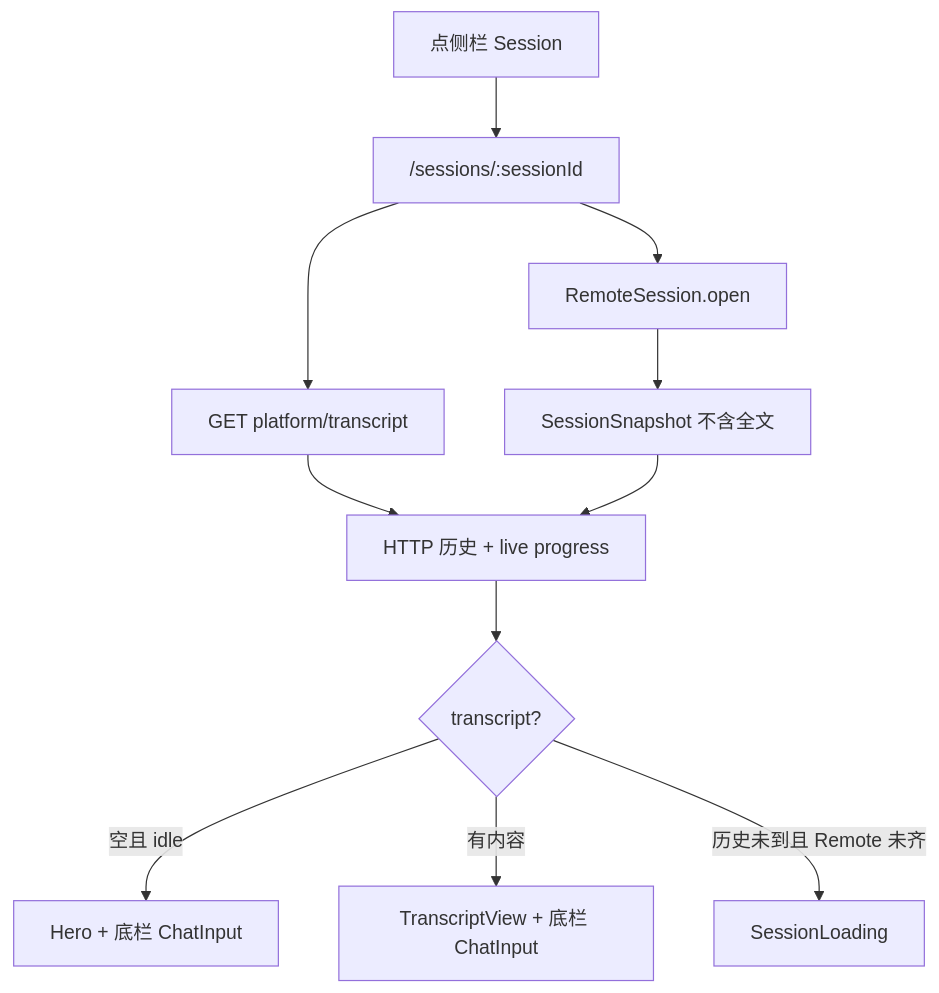
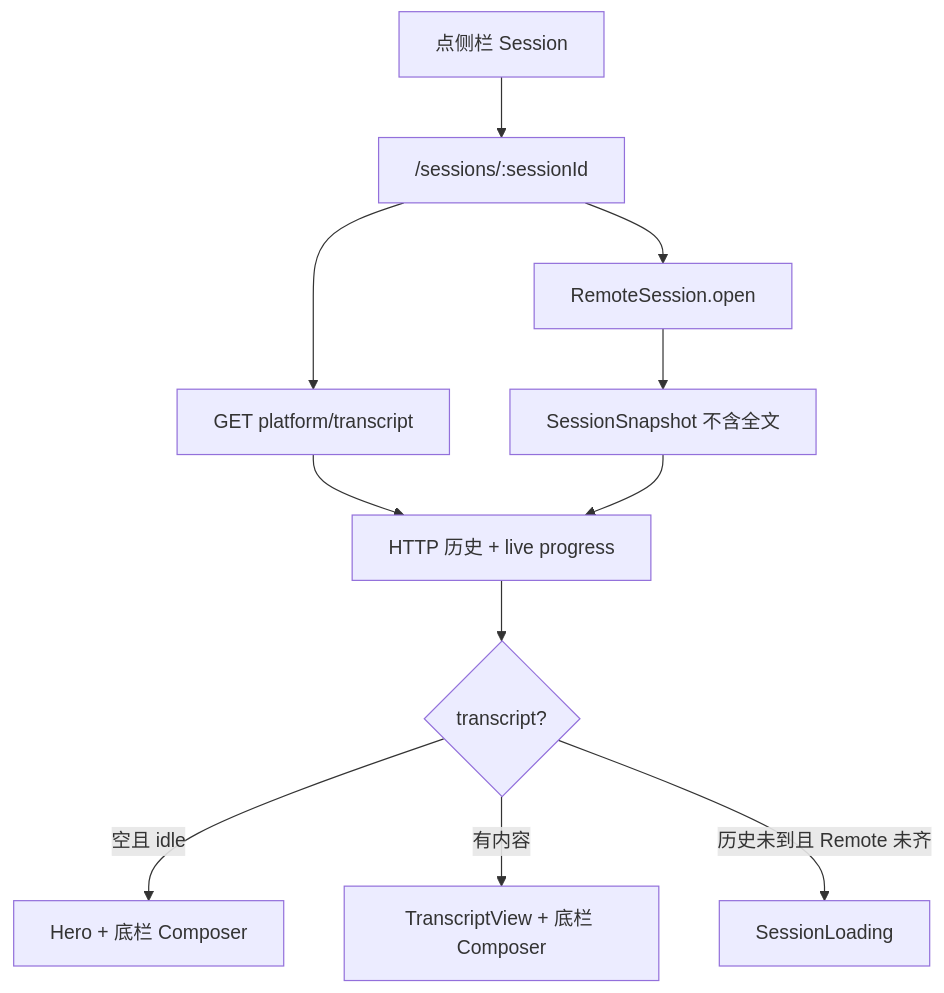
The fifth of 8 diagrams in JOURNEYS.md (minuque/pig), drawn with Mermaid before and after one commit. The commit also changed other lines of this file and 28 other files, not shown here.

Commit message:
refactor(web): chat-input 全面更名为 composer

````diff
--- a/JOURNEYS.md
+++ b/JOURNEYS.md
@@ -79,13 +79,13 @@
 ```mermaid
 flowchart TB
   Click["点侧栏 Session"] --> Route["/sessions/:sessionId"]
   Route --> Hist["GET platform/transcript"]
   Route --> Open["RemoteSession.open"]
   Open --> Snap["SessionSnapshot 不含全文"]
   Hist --> Merge["HTTP 历史 + live progress"]
   Snap --> Merge
   Merge --> View{"transcript?"}
-  View -->|空且 idle| Idle["Hero + 底栏 ChatInput"]
-  View -->|有内容| Timeline["TranscriptView + 底栏 ChatInput"]
+  View -->|空且 idle| Idle["Hero + 底栏 Composer"]
+  View -->|有内容| Timeline["TranscriptView + 底栏 Composer"]
   View -->|历史未到且 Remote 未齐| Loading["SessionLoading"]
 ```
````
